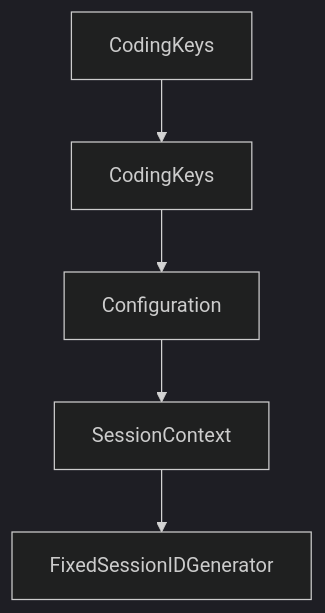
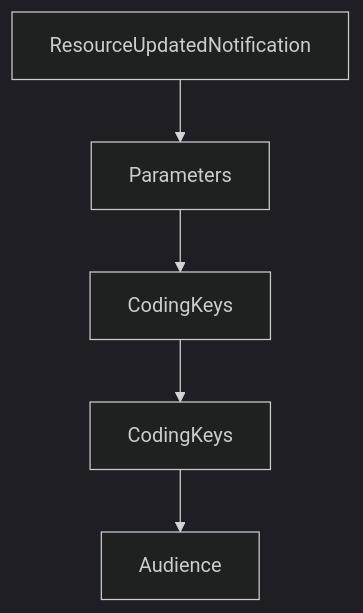
Before and after one commit to johnxie/awesome-code-docs: the diagram in tutorials/mcp-swift-sdk-tutorial/04-sampling-human-in-the-loop-and-error-handling.md, drawn with Mermaid (dark theme). The commit also changed other lines of this file and 1232 other files, not shown here.

````diff
--- a/tutorials/mcp-swift-sdk-tutorial/04-sampling-human-in-the-loop-and-error-handling.md
+++ b/tutorials/mcp-swift-sdk-tutorial/04-sampling-human-in-the-loop-and-error-handling.md
@@ -212,12 +192,12 @@
 ```mermaid
 flowchart TD
-    A[CodingKeys]
-    B[CodingKeys]
-    C[Configuration]
-    D[SessionContext]
-    E[FixedSessionIDGenerator]
+    A[ResourceUpdatedNotification]
+    B[Parameters]
+    C[CodingKeys]
+    D[CodingKeys]
+    E[Audience]
     A --> B
     B --> C
     C --> D
     D --> E
 ```
````
